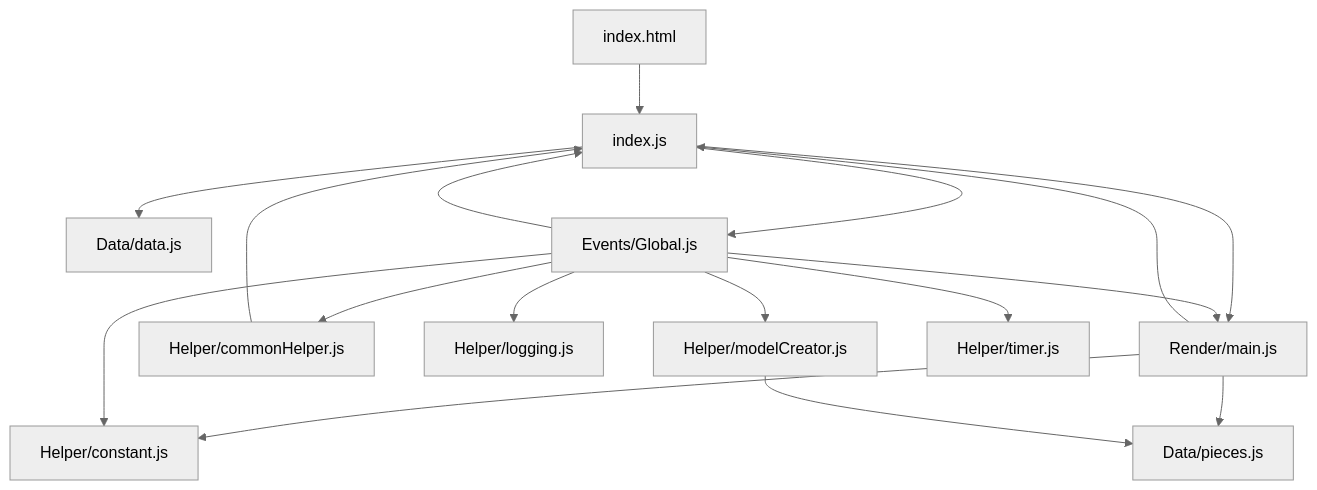
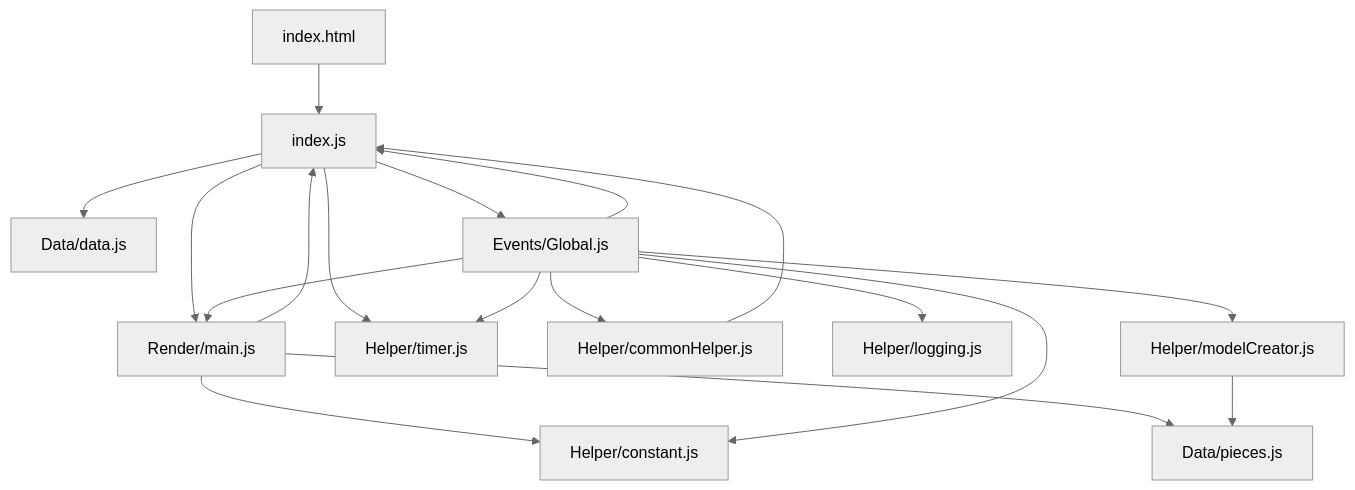
Before and after one commit to sharmaa-abhi/ChessCode: the first of 10 diagrams in docs/Architecture.md, drawn with Mermaid (neutral theme). The commit also changed other lines of this file and 2 other files, not shown here.

Commit message:
docs: add architecture documentation and update project status in README

````diff
--- a/docs/Architecture.md
+++ b/docs/Architecture.md
@@ -70,22 +75,23 @@
 ```mermaid
 graph TD
     A[index.html] --> B[index.js]
     B --> C[Data/data.js]
     B --> D[Render/main.js]
     B --> E[Events/Global.js]
+    B --> K[Helper/timer.js]
 
     D --> F[Helper/constant.js]
     D --> G[Data/pieces.js]
     D --> B
 
     E --> F
     E --> B
     E --> D
     E --> H[Helper/commonHelper.js]
     E --> I[Helper/logging.js]
     E --> J[Helper/modelCreator.js]
-    E --> K[Helper/timer.js]
+    E --> K
 
     H --> B
     J --> G
 ```
````
